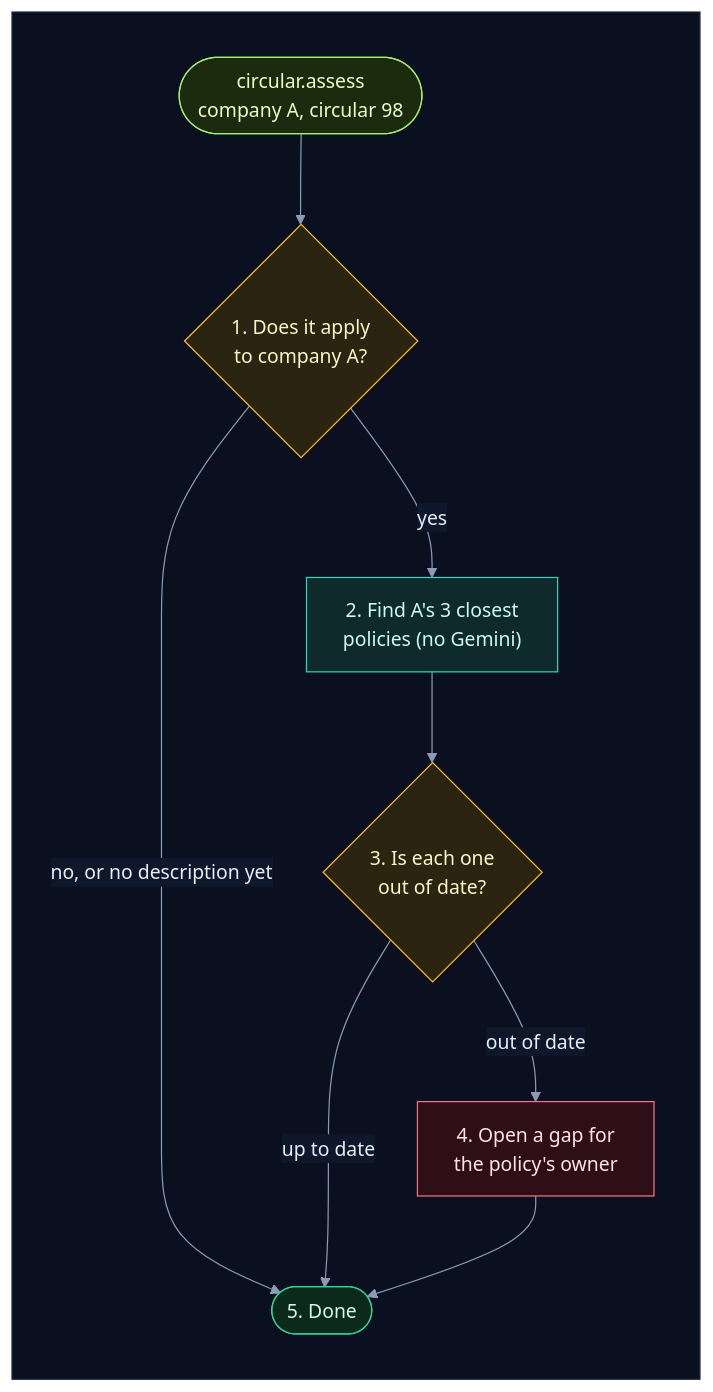
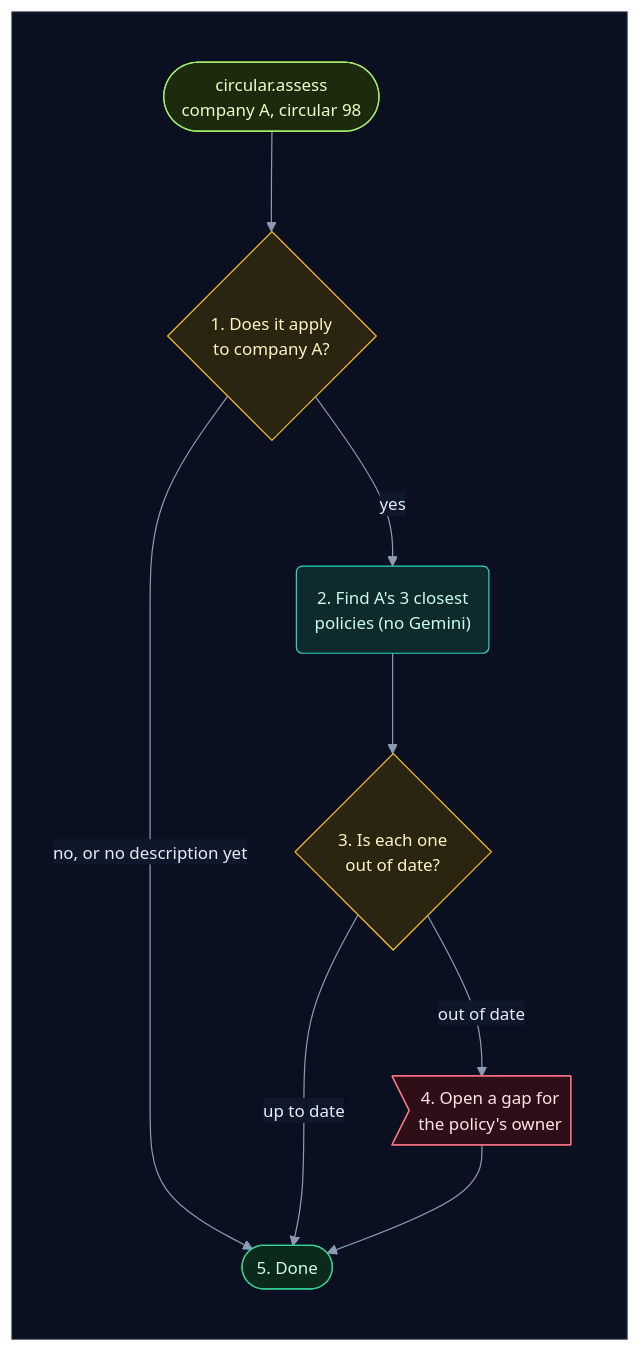
Before and after one commit to selvakumarperumal/Regulatory_Circular_Impact_Agent: the sixth of 8 diagrams in system_overview.md, drawn with Mermaid. The commit also changed other lines of this file and 5 other files, not shown here.

Commit message:
Give the docs' flowcharts a shape per kind of part, more room and slightly smaller text

````diff
--- a/system_overview.md
+++ b/system_overview.md
@@ -261,25 +261,25 @@
 ```mermaid
-%%{init: {"theme": "base", "flowchart": {"diagramPadding": 0}, "themeVariables": {"darkMode": true, "primaryColor": "#16213a", "primaryTextColor": "#e6edf7", "primaryBorderColor": "#475a7a", "lineColor": "#8b9bb4", "secondaryColor": "#1b2436", "tertiaryColor": "#101a2e", "edgeLabelBackground": "#0f172a", "textColor": "#e2e8f0", "clusterBkg": "#0f1728", "clusterBorder": "#2b3a55", "titleColor": "#c4b5fd", "nodeTextColor": "#e6edf7"}}}%%
+%%{init: {"theme": "base", "flowchart": {"diagramPadding": 0, "nodeSpacing": 58, "rankSpacing": 58, "curve": "basis"}, "themeVariables": {"fontSize": "14px", "darkMode": true, "primaryColor": "#16213a", "primaryTextColor": "#e6edf7", "primaryBorderColor": "#475a7a", "lineColor": "#8b9bb4", "secondaryColor": "#1b2436", "tertiaryColor": "#101a2e", "edgeLabelBackground": "#0f172a", "textColor": "#e2e8f0", "clusterBkg": "#0f1728", "clusterBorder": "#2b3a55", "titleColor": "#c4b5fd", "nodeTextColor": "#e6edf7"}}}%%
 flowchart TD
     subgraph canvas[" "]
         direction TB
         t(["circular.assess<br/>company A, circular 98"]) --> ap{"1. Does it apply<br/>to company A?"}
         ap -->|"no, or no description yet"| done(["5. Done"])
-        ap -->|"yes"| top["2. Find A's 3 closest<br/>policies (no Gemini)"]
+        ap -->|"yes"| top("2. Find A's 3 closest<br/>policies (no Gemini)")
         top --> ood{"3. Is each one<br/>out of date?"}
         ood -->|"up to date"| done
-        ood -->|"out of date"| gap["4. Open a gap for<br/>the policy's owner"]
+        ood -->|"out of date"| gap>"4. Open a gap for<br/>the policy's owner"]
         gap --> done
     end
     classDef svc fill:#0e2a2c,stroke:#2dd4bf,color:#ccfbf1
     classDef ask fill:#2a2410,stroke:#fbbf24,color:#fef3c7
     classDef ok fill:#0b2a1c,stroke:#34d399,color:#d1fae5
     classDef bad fill:#2e0f17,stroke:#fb7185,color:#ffe4e6
     classDef start fill:#1c2a0e,stroke:#a7ef6f,color:#ecfccb
     class t start
     class ap,ood ask
     class top svc
     class gap bad
     class done ok
     style canvas fill:#0b1020,stroke:#1e293b,color:#0b1020
 ```
````
